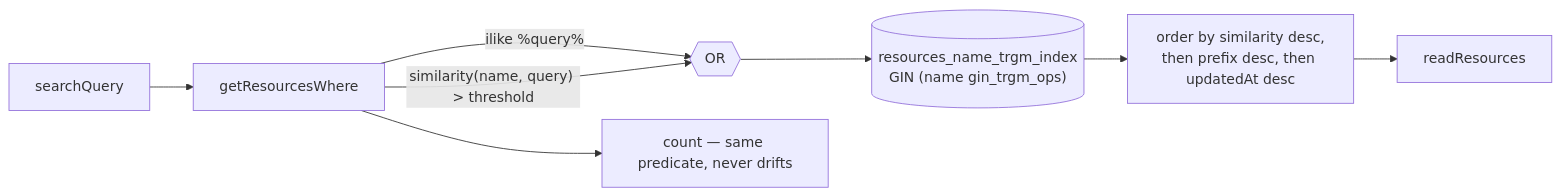
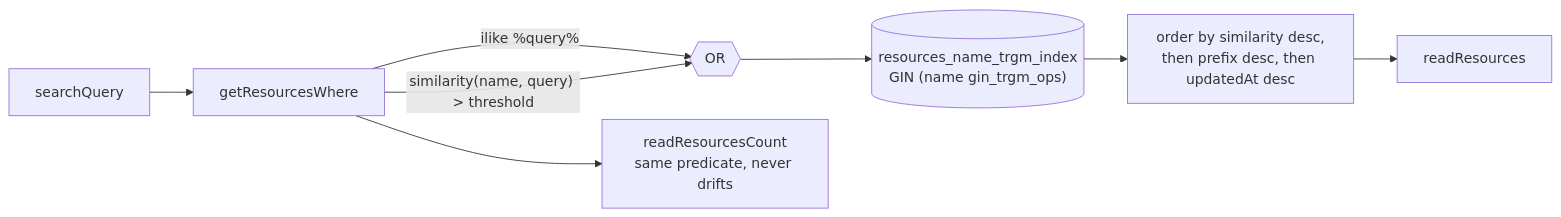
The diagram in packages/app/content/docs/platform/global-search-relevance.md (Esposter/Esposter), drawn with Mermaid before and after one commit. The commit also changed 14 other files, not shown here.

````diff
--- a/packages/app/content/docs/platform/global-search-relevance.md
+++ b/packages/app/content/docs/platform/global-search-relevance.md
@@ -20,10 +20,10 @@
 ```mermaid
 flowchart LR
   Q["searchQuery"] --> W["getResourcesWhere"]
   W -->|"ilike %query%"| OR{{"OR"}}
   W -->|"similarity(name, query) > threshold"| OR
   OR --> IDX[("resources_name_trgm_index<br/>GIN (name gin_trgm_ops)")]
   IDX --> RANK["order by similarity desc,<br/>then prefix desc, then updatedAt desc"]
   RANK --> LIST["readResources"]
-  W --> CNT["count — same predicate, never drifts"]
+  W --> CNT["readResourcesCount<br/>same predicate, never drifts"]
 ```
````
